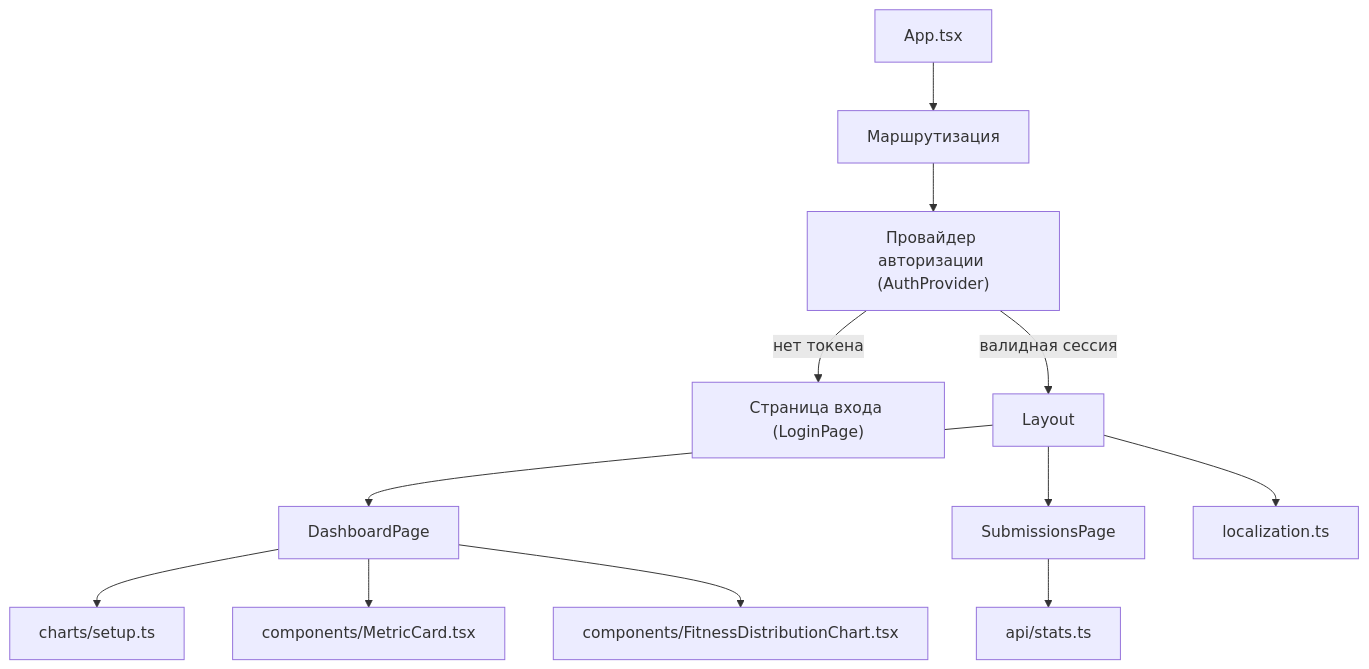
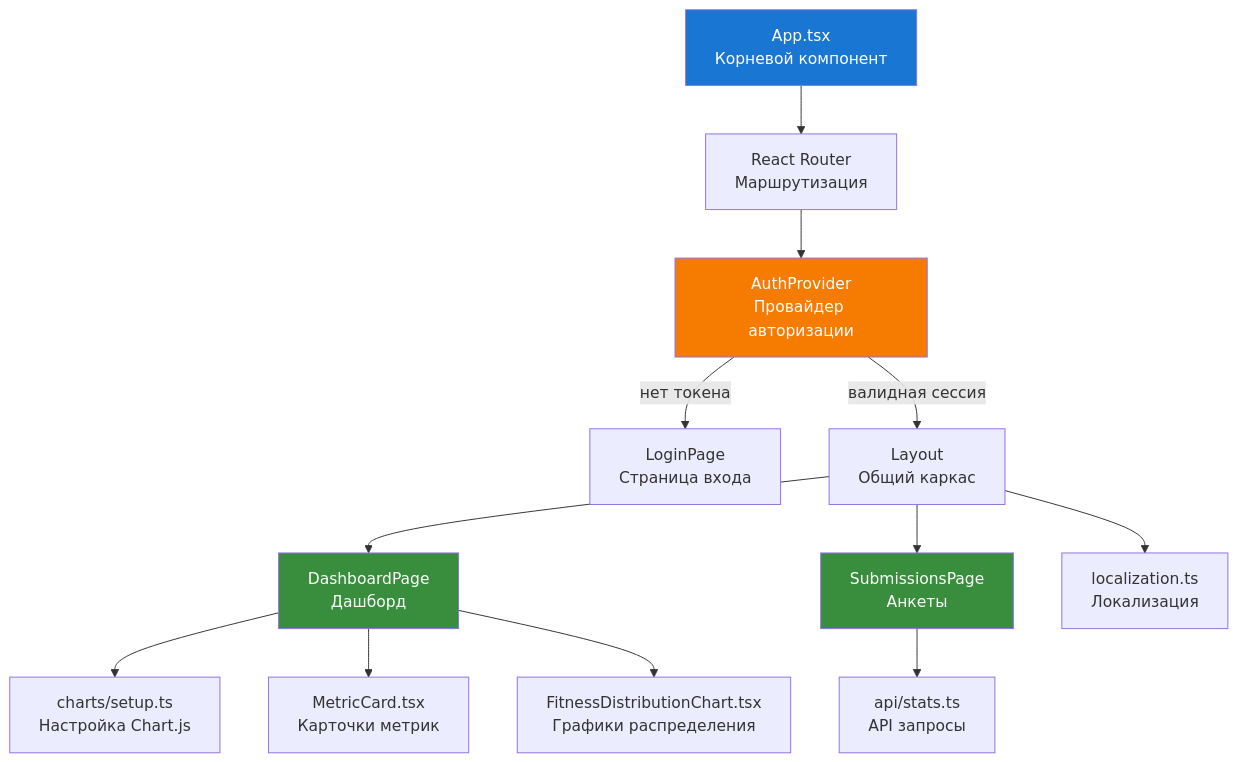
The second of 7 diagrams in README.md (kotru21/bsuir), drawn with Mermaid before and after one commit. The commit also changed other lines of this file, not shown here.

First line of the commit message:
Revise and expand README with updated diagrams and setup

````diff
--- a/README.md
+++ b/README.md
@@ -110,14 +96,24 @@
 ```mermaid
 flowchart TD
-   App["App.tsx"] --> Router["Маршрутизация"]
-   Router --> AuthGuard["Провайдер авторизации (AuthProvider)"]
-   AuthGuard -->|нет токена| Login["Страница входа (LoginPage)"]
-   AuthGuard -->|валидная сессия| Layout["Layout"]
-   Layout --> Dashboard["DashboardPage"]
-   Layout --> Submissions["SubmissionsPage"]
-   Dashboard --> ChartsSetup["charts/setup.ts"]
-   Dashboard --> Metrics["components/MetricCard.tsx"]
-   Dashboard --> DistCharts["components/FitnessDistributionChart.tsx"]
-   Submissions --> TableQuery["api/stats.ts"]
-   Layout --> Locale["localization.ts"]
+   App["App.tsx<br/>Корневой компонент"] --> Router["React Router<br/>Маршрутизация"]
+   Router --> AuthGuard["AuthProvider<br/>Провайдер авторизации"]
+
+   AuthGuard -->|нет токена| Login["LoginPage<br/>Страница входа"]
+   AuthGuard -->|валидная сессия| Layout["Layout<br/>Общий каркас"]
+
+   Layout --> Dashboard["DashboardPage<br/>Дашборд"]
+   Layout --> Submissions["SubmissionsPage<br/>Анкеты"]
+
+   Dashboard --> ChartsSetup["charts/setup.ts<br/>Настройка Chart.js"]
+   Dashboard --> Metrics["MetricCard.tsx<br/>Карточки метрик"]
+   Dashboard --> DistCharts["FitnessDistributionChart.tsx<br/>Графики распределения"]
+
+   Submissions --> TableQuery["api/stats.ts<br/>API запросы"]
+
+   Layout --> Locale["localization.ts<br/>Локализация"]
+
+   style App fill:#1976d2,color:#fff
+   style AuthGuard fill:#f57c00,color:#fff
+   style Dashboard fill:#388e3c,color:#fff
+   style Submissions fill:#388e3c,color:#fff
 ```
````
